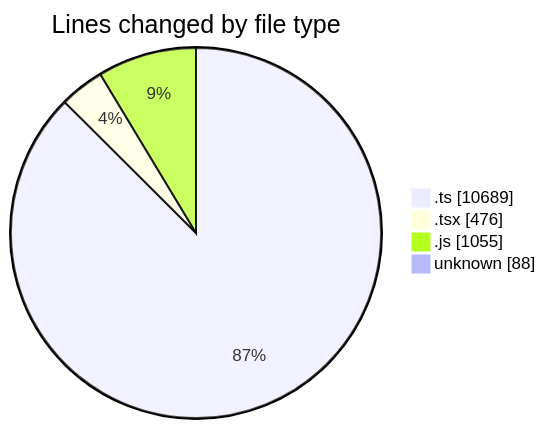
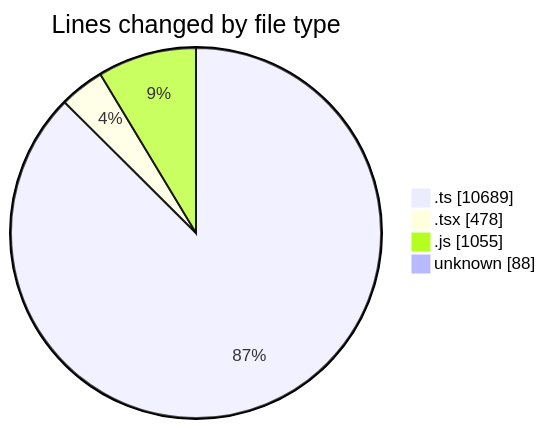
One commit to momahboobian/code-tracking changed the first of 2 diagrams in 2026-03-11/cda/README.md. Above: the diagram before and after it, drawn with Mermaid. The commit also changed other lines of this file and 1 other file, not shown here.

````diff
--- a/2026-03-11/cda/README.md
+++ b/2026-03-11/cda/README.md
@@ -34,8 +34,8 @@
 ```mermaid
 pie showData
 title Lines changed by file type
 ".ts" : 10689
-".tsx" : 476
+".tsx" : 478
 ".js" : 1055
 "unknown" : 88
 ```
````
